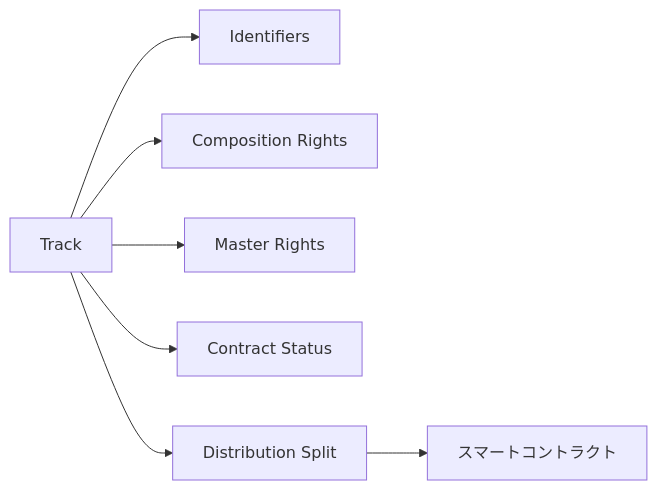
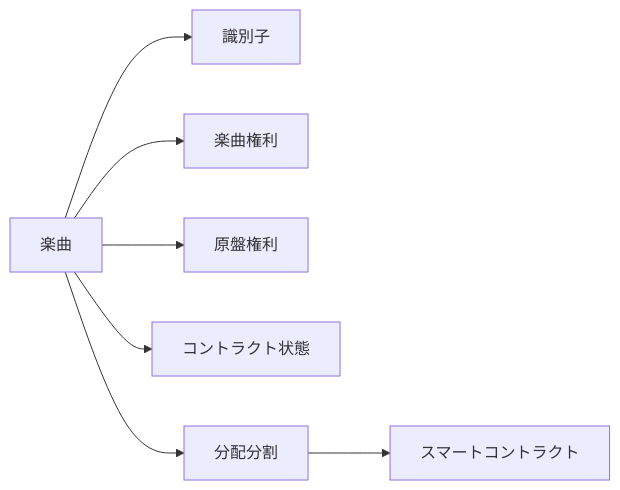
One commit to ShigeichiroYamasaki/creator-first-platform changed the fourth of 17 diagrams in docs/whitepaper/03-rights-and-money.md. Above: the diagram before and after it, drawn with Mermaid. The commit also changed other lines of this file and 72 other files, not shown here.

````diff
--- a/docs/whitepaper/03-rights-and-money.md
+++ b/docs/whitepaper/03-rights-and-money.md
@@ -113,9 +113,9 @@
 ```mermaid
 flowchart LR
-    TRACK[Track] --> ID[Identifiers]
-    TRACK --> COMP[Composition Rights]
-    TRACK --> MASTER[Master Rights]
-    TRACK --> CONTRACT[Contract Status]
-    TRACK --> SPLIT[Distribution Split]
+    TRACK[楽曲] --> ID[識別子]
+    TRACK --> COMP[楽曲権利]
+    TRACK --> MASTER[原盤権利]
+    TRACK --> CONTRACT[コントラクト状態]
+    TRACK --> SPLIT[分配分割]
     SPLIT --> SC[スマートコントラクト]
 ```
````
